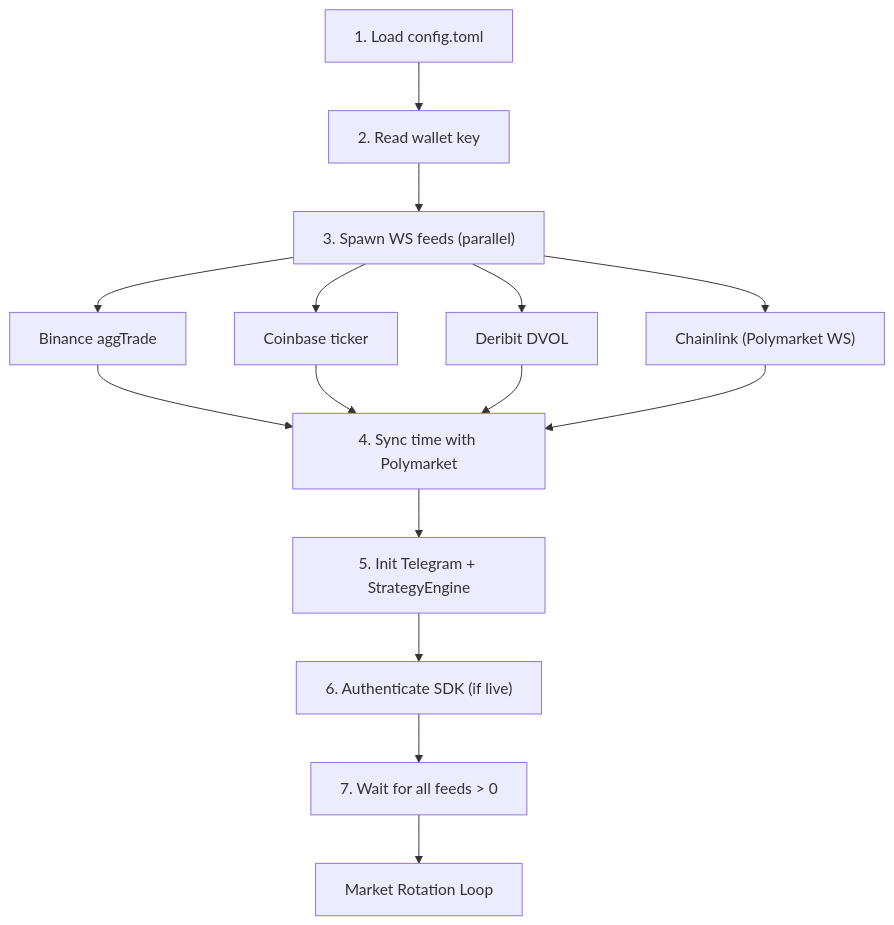
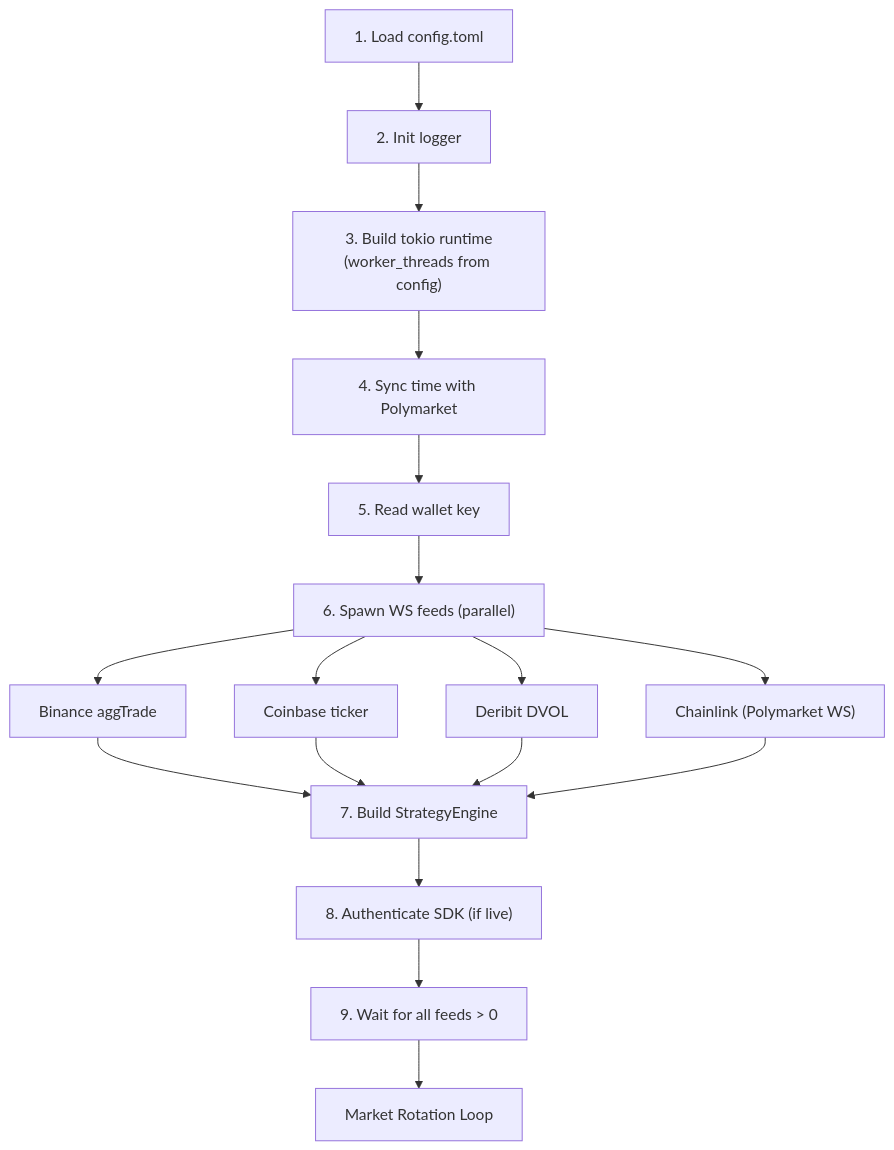
One commit to bbono/serekes changed the first of 3 diagrams in docs/WORKFLOW.md. Above: the diagram before and after it, drawn with Mermaid. The commit also changed other lines of this file and 3 other files, not shown here.

````diff
--- a/docs/WORKFLOW.md
+++ b/docs/WORKFLOW.md
@@ -17,14 +19,16 @@
 ```mermaid
 flowchart TD
-    A["1. Load config.toml"] --> B["2. Read wallet key"]
-    B --> C["3. Spawn WS feeds (parallel)"]
-    C --> C1["Binance aggTrade"]
-    C --> C2["Coinbase ticker"]
-    C --> C3["Deribit DVOL"]
-    C --> C4["Chainlink (Polymarket WS)"]
-    C1 & C2 & C3 & C4 --> D["4. Sync time with Polymarket"]
-    D --> E["5. Init Telegram + StrategyEngine"]
-    E --> F["6. Authenticate SDK (if live)"]
-    F --> G["7. Wait for all feeds > 0"]
-    G --> H["Market Rotation Loop"]
+    A["1. Load config.toml"] --> B["2. Init logger"]
+    B --> C["3. Build tokio runtime<br/>(worker_threads from config)"]
+    C --> D["4. Sync time with Polymarket"]
+    D --> E["5. Read wallet key"]
+    E --> F["6. Spawn WS feeds (parallel)"]
+    F --> F1["Binance aggTrade"]
+    F --> F2["Coinbase ticker"]
+    F --> F3["Deribit DVOL"]
+    F --> F4["Chainlink (Polymarket WS)"]
+    F1 & F2 & F3 & F4 --> G["7. Build StrategyEngine"]
+    G --> H["8. Authenticate SDK (if live)"]
+    H --> I["9. Wait for all feeds > 0"]
+    I --> J["Market Rotation Loop"]
 ```
````
